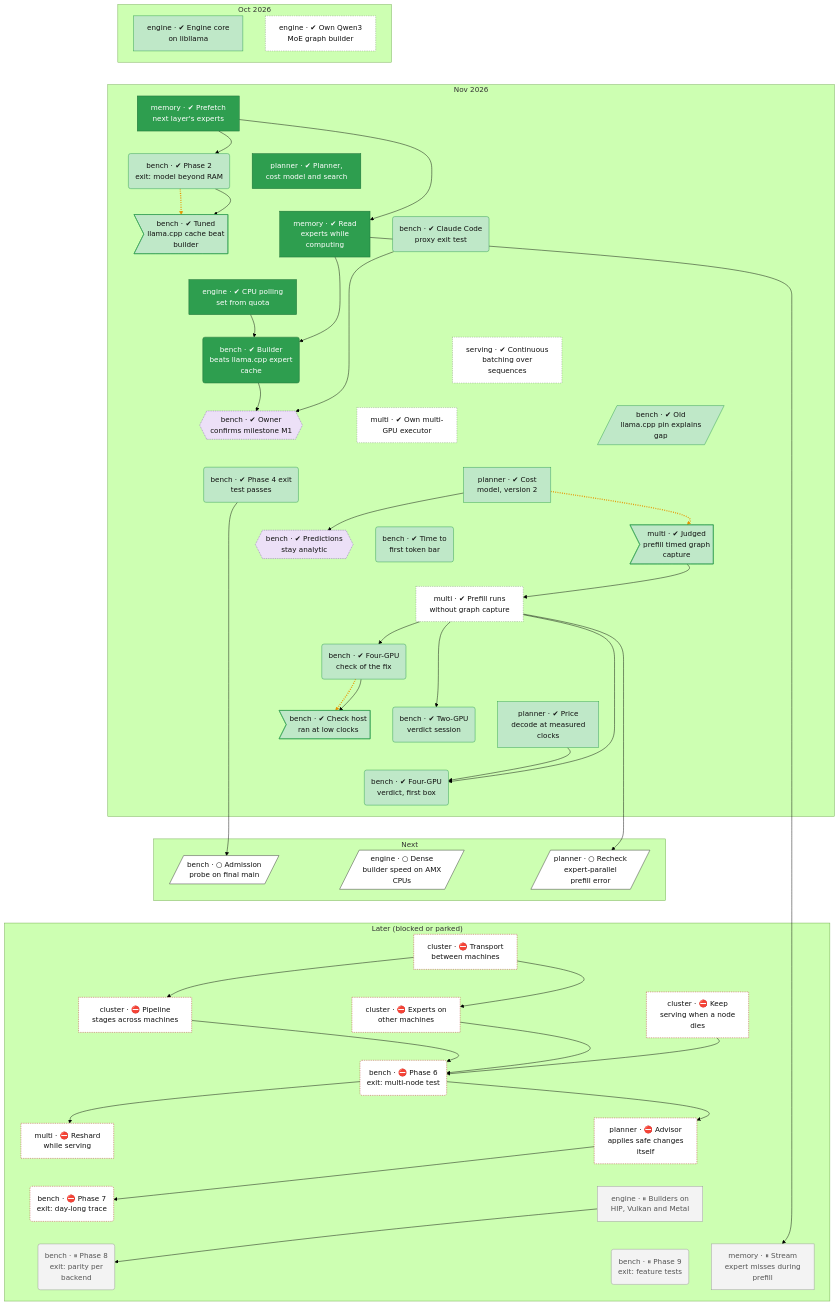
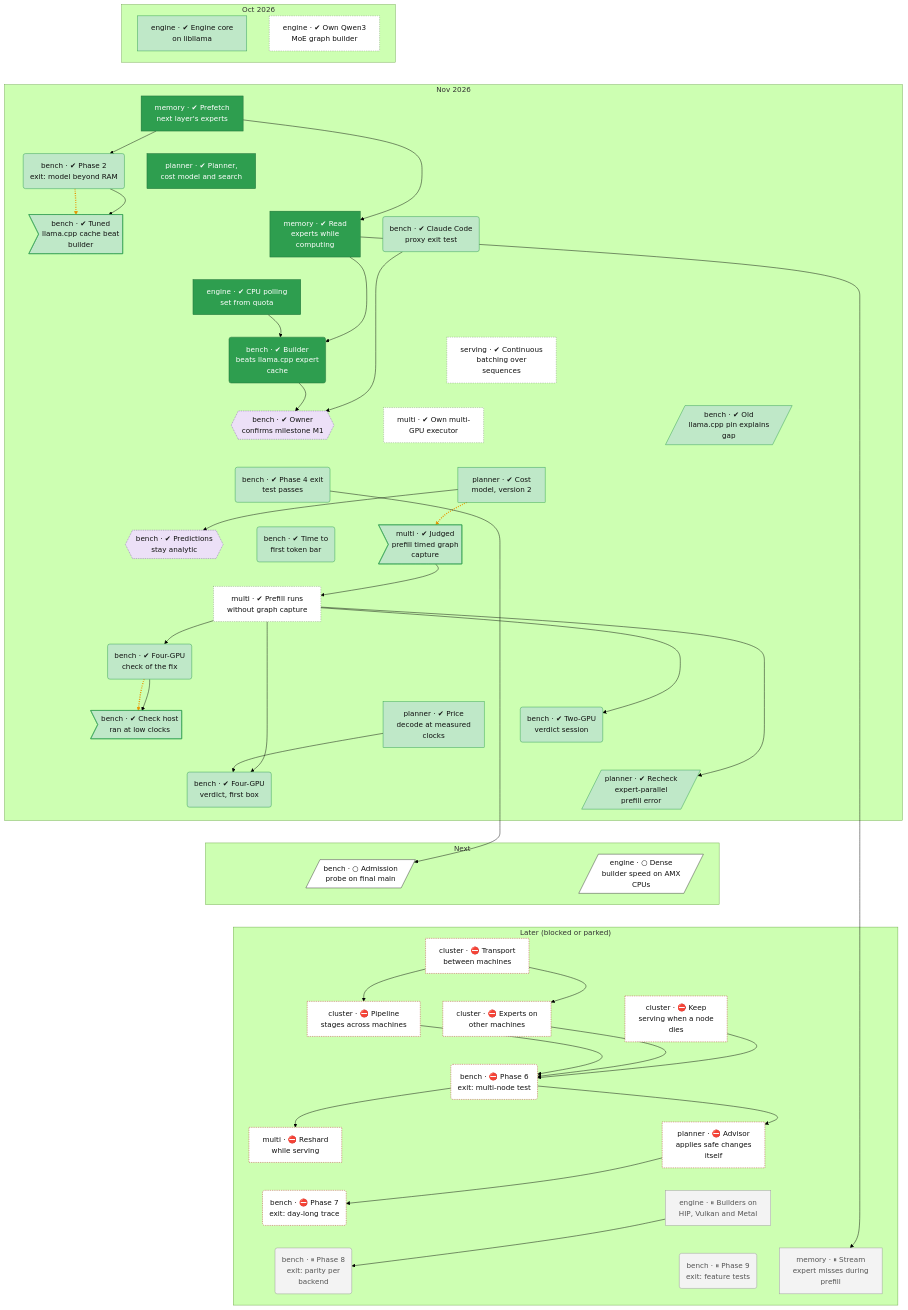
The second of 2 diagrams in docs/roadmap.md (lhns/tetraeder), drawn with Mermaid (forest theme) before and after one commit. The commit also changed other lines of this file and 8 other files, not shown here.

Commit message:
Housekeeping: Phase 5 verdict in m2-plan, band and commit notes, used one-offs marked, unused 1.70 removed, ep prefill recheck closed, today's owner decisions in the tree

````diff
--- a/docs/roadmap.md
+++ b/docs/roadmap.md
@@ -129,11 +129,11 @@
         bench_v2_verdict("bench · ✔ Two-GPU<br/>verdict session")
         planner_cost_model_v5["planner · ✔ Price<br/>decode at measured<br/>clocks"]
         bench_v4a_verdict("bench · ✔ Four-GPU<br/>verdict, first box")
+        planner_ep_prefill_recheck[/"planner · ✔ Recheck<br/>expert-parallel<br/>prefill error"/]
     end
     subgraph bd_2["Next"]
         bench_d2a_probe[/"bench · ○ Admission<br/>probe on final main"/]
         engine_dense_amx[/"engine · ○ Dense<br/>builder speed on AMX<br/>CPUs"/]
-        planner_ep_prefill_recheck[/"planner · ○ Recheck<br/>expert-parallel<br/>prefill error"/]
     end
     subgraph bd_3["Later (blocked or parked)"]
         cluster_transport["cluster · ⛔ Transport<br/>between machines"]
@@ -178,14 +178,12 @@
     bench_s3f2 ~~~ bench_v2_verdict
     bench_s3f2 ~~~ planner_cost_model_v5
     bench_defect_s3f2_clock ~~~ bench_v4a_verdict
-    bench_v2_verdict ~~~ bench_v4a_verdict
-    planner_cost_model_v5 ~~~ bench_v4a_verdict
+    bench_v2_verdict ~~~ planner_ep_prefill_recheck
+    planner_cost_model_v5 ~~~ planner_ep_prefill_recheck
     bench_v4a_verdict ~~~ bench_d2a_probe
-    bench_v4a_verdict ~~~ engine_dense_amx
-    bench_v4a_verdict ~~~ planner_ep_prefill_recheck
+    planner_ep_prefill_recheck ~~~ engine_dense_amx
     bench_d2a_probe ~~~ cluster_transport
     engine_dense_amx ~~~ cluster_transport
-    planner_ep_prefill_recheck ~~~ cluster_transport
     cluster_transport ~~~ cluster_pipeline_nodes
     cluster_transport ~~~ cluster_experts_nodes
     cluster_transport ~~~ cluster_failover
@@ -216,8 +214,8 @@
     multi_prefill_no_capture --> bench_v2_verdict
     planner_cost_model_v5 --> bench_v4a_verdict
     multi_prefill_no_capture --> bench_v4a_verdict
+    multi_prefill_no_capture --> planner_ep_prefill_recheck
     bench_phase4_exit --> bench_d2a_probe
-    multi_prefill_no_capture --> planner_ep_prefill_recheck
     cluster_transport --> cluster_pipeline_nodes
     cluster_transport --> cluster_experts_nodes
     cluster_pipeline_nodes --> bench_phase6_exit
@@ -228,7 +226,7 @@
     planner_advisor_auto --> bench_phase7_exit
     engine_backend_parity --> bench_phase8_exit
     memory_io_service --> memory_prefill_misses
-    linkStyle 51,58,62 stroke:#e69500,stroke-width:3px,stroke-dasharray:2 3
+    linkStyle 49,56,60 stroke:#e69500,stroke-width:3px,stroke-dasharray:2 3
     classDef vsucc fill:#2e9e4f,stroke:#1b6b34,color:#fff
     classDef succ fill:#bfe8c8,stroke:#2e9e4f,color:#111
     classDef mixed fill:#ffd37a,stroke:#c98a00,color:#111
@@ -244,10 +242,10 @@
     classDef finding fill:#ffe0b2,stroke:#d84315,stroke-width:2px,color:#111
     classDef waiting fill:#e3f2fd,stroke:#1f6fc5,stroke-dasharray:5 5,color:#111
     class multi_prefill_no_capture,engine_moe_builder,multi_executor,serving_batching unrated
-    class engine_libllama,planner_cost_v2,multi_defect_capture,bench_phase2_exit,bench_defect_tuned_cache,bench_phase3b_proxy,bench_pin_ab,bench_phase4_exit,bench_ttft,bench_s3f2,bench_defect_s3f2_clock,bench_v2_verdict,planner_cost_model_v5,bench_v4a_verdict succ
+    class engine_libllama,planner_cost_v2,multi_defect_capture,bench_phase2_exit,bench_defect_tuned_cache,bench_phase3b_proxy,bench_pin_ab,bench_phase4_exit,bench_ttft,bench_s3f2,bench_defect_s3f2_clock,bench_v2_verdict,planner_cost_model_v5,bench_v4a_verdict,planner_ep_prefill_recheck succ
     class engine_cpu_poll,memory_prefetch,memory_io_service,planner_core,bench_m1_point1 vsucc
     class bench_owner_m1,bench_owner_analytic decided
-    class bench_d2a_probe,engine_dense_amx,planner_ep_prefill_recheck next
+    class bench_d2a_probe,engine_dense_amx next
     class cluster_transport,cluster_pipeline_nodes,cluster_experts_nodes,cluster_failover,bench_phase6_exit,multi_live_reshard,planner_advisor_auto,bench_phase7_exit blocked
     class engine_backend_parity,bench_phase8_exit,bench_phase9_exit,memory_prefill_misses parked
 ```
````
